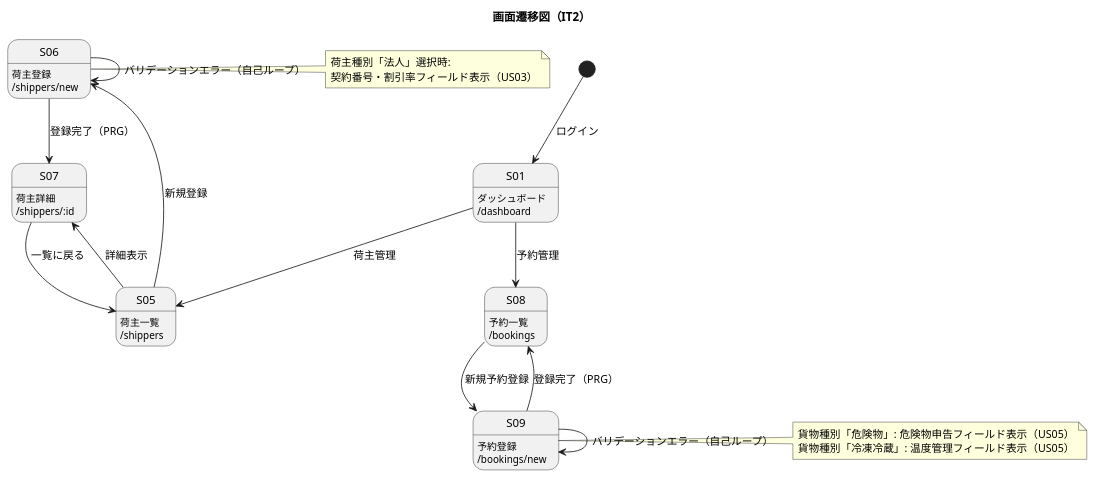
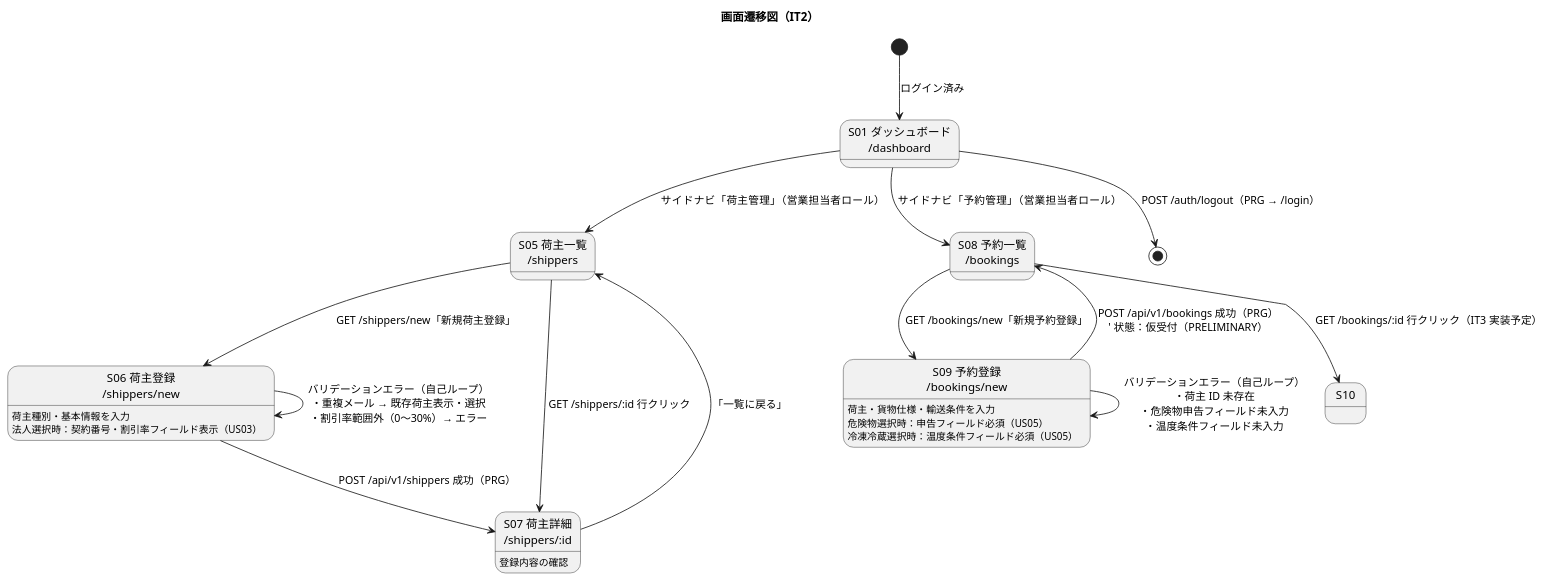
Before and after one commit to k2works/case-study-cargo-tracker: the seventh of 7 diagrams in docs/development/iteration_plan-2.md, drawn with PlantUML. The commit also changed other lines of this file, not shown here.

````diff
--- a/docs/development/iteration_plan-2.md
+++ b/docs/development/iteration_plan-2.md
@@ -396,39 +645,31 @@
 ```plantuml
 @startuml
 title 画面遷移図（IT2）
 
-[*] --> S01 : ログイン
+[*] --> S01 : ログイン済み
 
-S01 : ダッシュボード\n/dashboard
-S01 --> S05 : 荷主管理
+state "S01 ダッシュボード\n/dashboard" as S01
+S01 --> S05 : サイドナビ「荷主管理」（営業担当者ロール）
+S01 --> S08 : サイドナビ「予約管理」（営業担当者ロール）
+S01 --> [*] : POST /auth/logout（PRG → /login）
 
-S05 : 荷主一覧\n/shippers
-S05 --> S06 : 新規登録
-S05 --> S07 : 詳細表示
+state "S05 荷主一覧\n/shippers" as S05
+S05 --> S06 : GET /shippers/new「新規荷主登録」
+S05 --> S07 : GET /shippers/:id 行クリック
 
-S06 : 荷主登録\n/shippers/new
-note right of S06
-  荷主種別「法人」選択時:
-  契約番号・割引率フィールド表示（US03）
-end note
-S06 --> S06 : バリデーションエラー（自己ループ）
-S06 --> S07 : 登録完了（PRG）
+state "S06 荷主登録\n/shippers/new" as S06 : 荷主種別・基本情報を入力\n法人選択時：契約番号・割引率フィールド表示（US03）
+S06 --> S06 : バリデーションエラー（自己ループ）\n・重複メール → 既存荷主表示・選択\n・割引率範囲外（0〜30%）→ エラー
+S06 --> S07 : POST /api/v1/shippers 成功（PRG）
 
-S07 : 荷主詳細\n/shippers/:id
-S07 --> S05 : 一覧に戻る
+state "S07 荷主詳細\n/shippers/:id" as S07 : 登録内容の確認
+S07 --> S05 : 「一覧に戻る」
 
-S01 --> S08 : 予約管理
+state "S08 予約一覧\n/bookings" as S08
+S08 --> S09 : GET /bookings/new「新規予約登録」
+S08 --> S10 : GET /bookings/:id 行クリック（IT3 実装予定）
 
-S08 : 予約一覧\n/bookings
-S08 --> S09 : 新規予約登録
-
-S09 : 予約登録\n/bookings/new
-note right of S09
-  貨物種別「危険物」: 危険物申告フィールド表示（US05）
-  貨物種別「冷凍冷蔵」: 温度管理フィールド表示（US05）
-end note
-S09 --> S09 : バリデーションエラー（自己ループ）
-S09 --> S08 : 登録完了（PRG）
-
+state "S09 予約登録\n/bookings/new" as S09 : 荷主・貨物仕様・輸送条件を入力\n危険物選択時：申告フィールド必須（US05）\n冷凍冷蔵選択時：温度条件フィールド必須（US05）
+S09 --> S09 : バリデーションエラー（自己ループ）\n・荷主 ID 未存在\n・危険物申告フィールド未入力\n・温度条件フィールド未入力
+S09 --> S08 : POST /api/v1/bookings 成功（PRG）\n' 状態：仮受付（PRELIMINARY）
 @enduml
 ```
````
